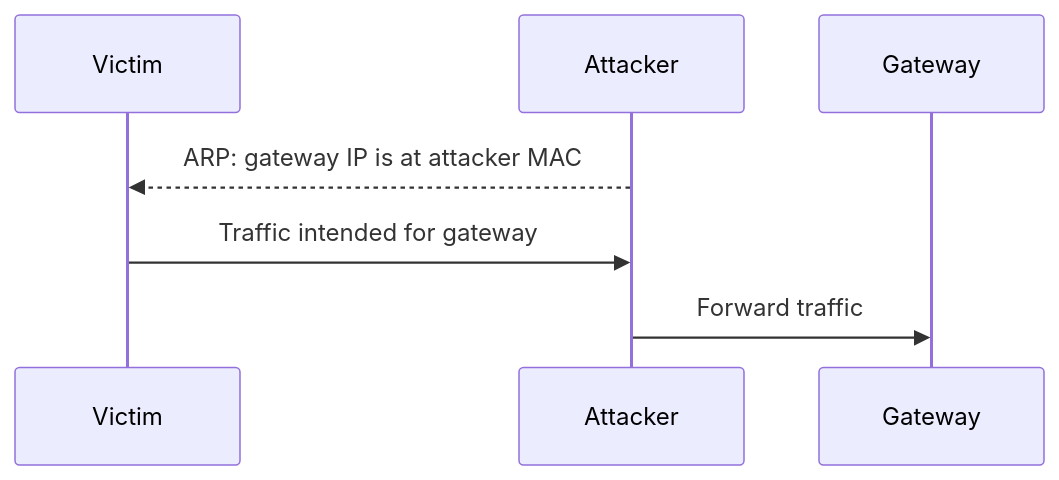
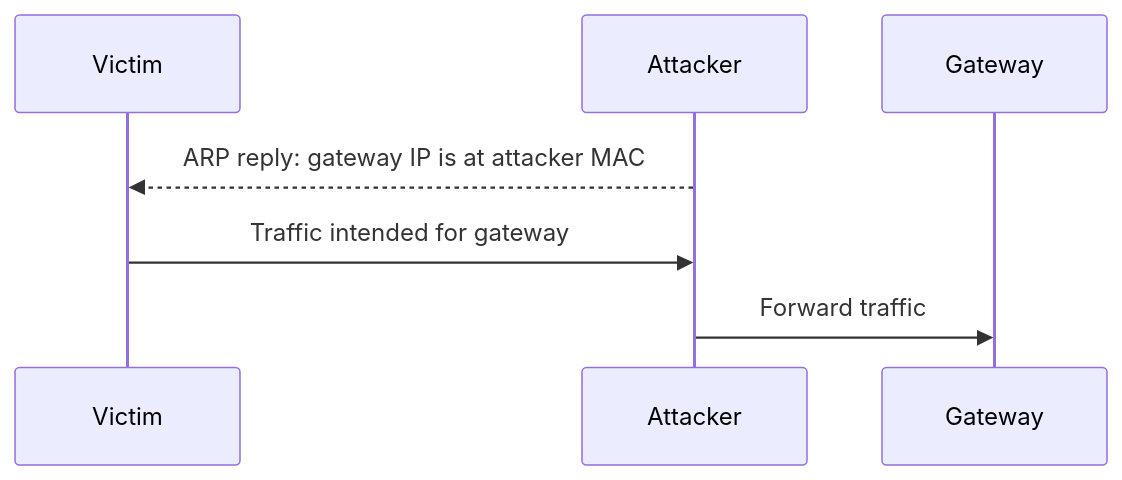
Diagram 11 of 20 in 01-switch-security/01-switch-security.md (cs-pub-ro/SRED-lectures), drawn with Mermaid before and after one commit. The commit also changed other lines of this file and 13 other files, not shown here.

Commit message:
Update lecture slides and diagrams

````diff
--- a/01-switch-security/01-switch-security.md
+++ b/01-switch-security/01-switch-security.md
@@ -418,9 +390,9 @@
 ```mermaid
 sequenceDiagram
   participant V as Victim
   participant A as Attacker
   participant G as Gateway
-  A-->>V: ARP: gateway IP is at attacker MAC
+  A-->>V: ARP reply: gateway IP is at attacker MAC
   V->>A: Traffic intended for gateway
   A->>G: Forward traffic
 ```
````
